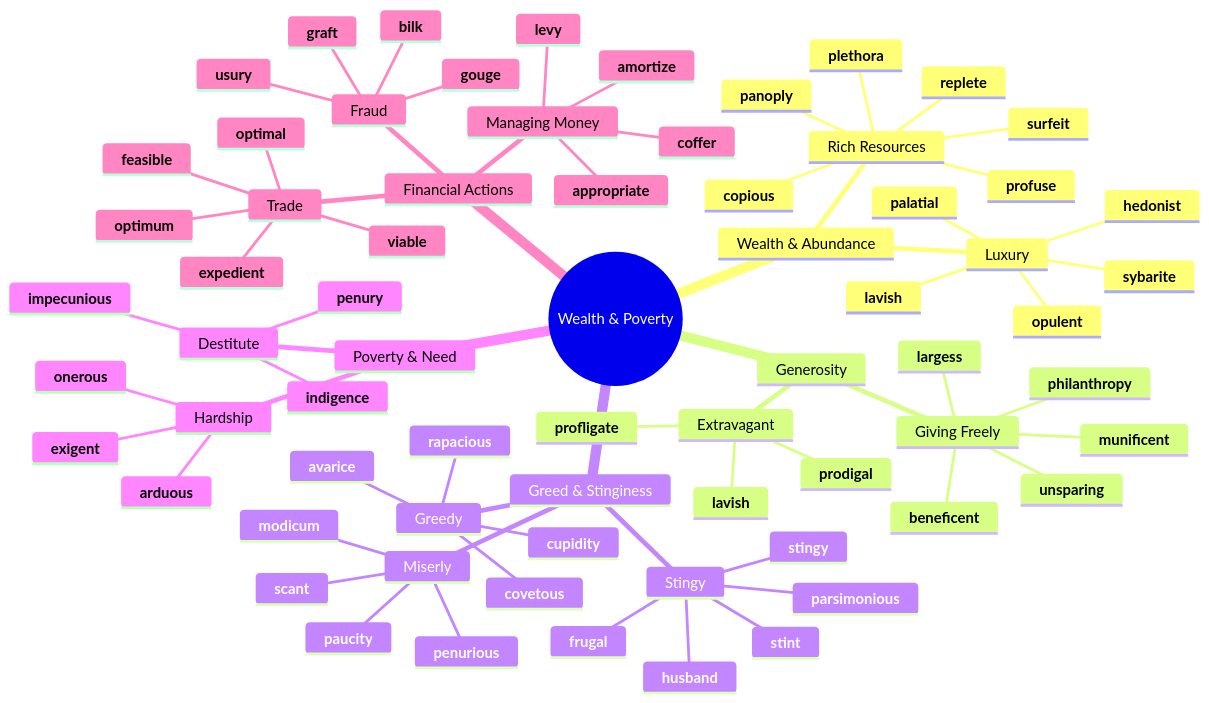
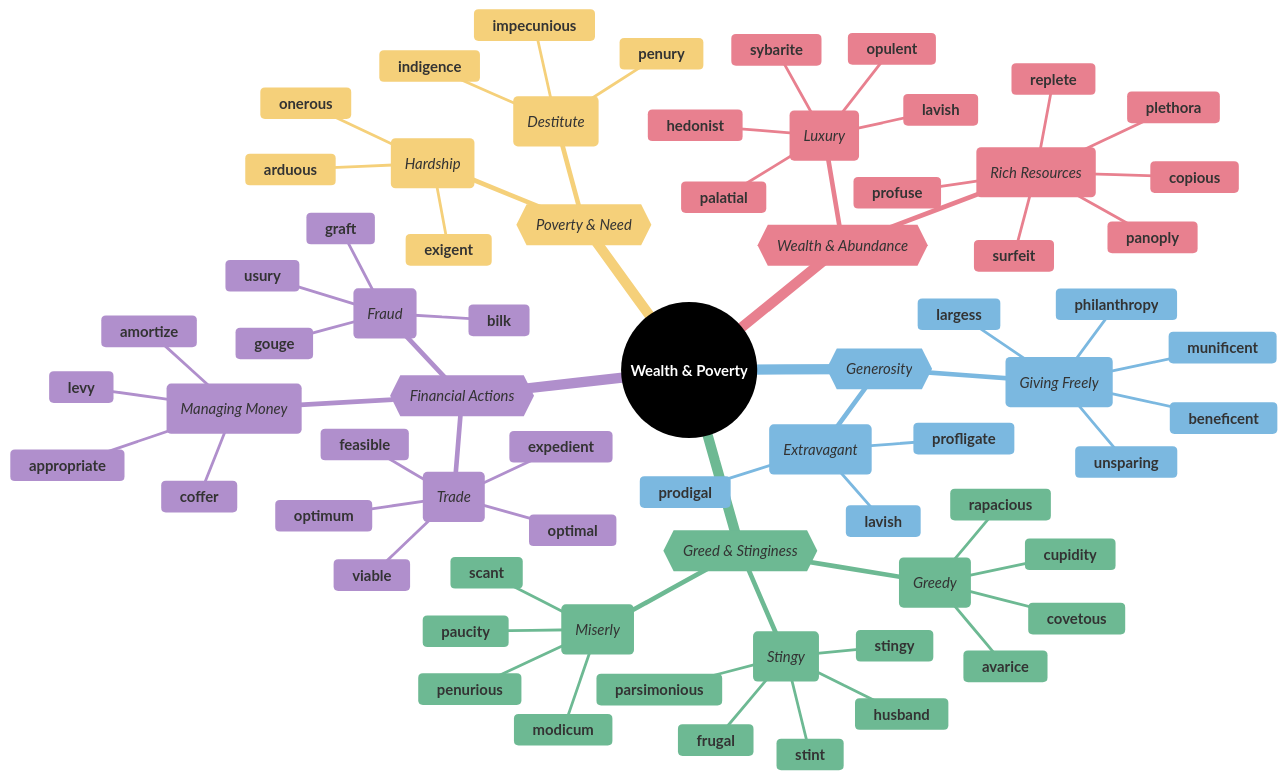
The first of 7 diagrams in mindmaps/11-wealth-and-poverty.md (95anantsingh/gre-preparation), drawn with Mermaid before and after one commit. The commit also changed other lines of this file and 14 other files, not shown here.

````diff
--- a/mindmaps/11-wealth-and-poverty.md
+++ b/mindmaps/11-wealth-and-poverty.md
@@ -5,69 +5,88 @@
 ```mermaid
+%%{
+  init: {
+    "theme": "base",
+    "themeVariables": {
+      "primaryColor": "#000000",
+      "cScale1": "#e8808f",  "cScaleInv1": "#a33445",
+      "cScale2": "#7bb8e0",  "cScaleInv2": "#266a93",
+      "cScale3": "#6db993",  "cScaleInv3": "#23543f",
+      "cScale4": "#f5d07a",  "cScaleInv4": "#c4903b",
+      "cScale5": "#b08fcc",  "cScaleInv5": "#5d3b75",
+      "cScale6": "#74dace",  "cScaleInv6": "#217d72",
+      "cScale7": "#f09570",  "cScaleInv7": "#b84112",
+      "cScale8": "#8ea8c2",  "cScaleInv8": "#32465e",
+      "cScale9": "#cc7fba",  "cScaleInv9": "#7d2868",
+      "cScale10": "#c99a78", "cScaleInv10": "#7c4e32",
+      "cScale11": "#a3a3a3", "cScaleInv11": "#3d3d3d"
+    }
+  }
+}%%
 mindmap
-  root((Wealth & Poverty))
-    Wealth & Abundance
-      Rich Resources
+  root((<font color=white>**Wealth & Poverty**</font>))
+    {{_Wealth & Abundance_}}
+      (_Rich Resources_)
         **copious**
         **replete**
         **plethora**
         **surfeit**
         **panoply**
         **profuse**
-      Luxury
+      (_Luxury_)
         **palatial**
         **opulent**
         **lavish**
         **sybarite**
         **hedonist**
-    Generosity
-      Giving Freely
+    {{_Generosity_}}
+      (_Giving Freely_)
         **munificent**
         **largess**
         **beneficent**
         **philanthropy**
         **unsparing**
-      Extravagant
+      (_Extravagant_)
         **prodigal**
         **profligate**
         **lavish**
-    Greed & Stinginess
-      Greedy
+    {{_Greed & Stinginess_}}
+      (_Greedy_)
         **avarice**
         **cupidity**
         **rapacious**
         **covetous**
-      Stingy
+      (_Stingy_)
         **stingy**
         **frugal**
         **parsimonious**
         **husband**
         **stint**
-      Miserly
+      (_Miserly_)
         **penurious**
         **scant**
         **paucity**
         **modicum**
-    Poverty & Need
-      Destitute
+    {{_Poverty & Need_}}
+      (_Destitute_)
         **impecunious**
         **indigence**
         **penury**
-      Hardship
+      (_Hardship_)
         **onerous**
         **exigent**
         **arduous**
-    Financial Actions
-      Managing Money
+    {{_Financial Actions_}}
+      (_Managing Money_)
         **amortize**
         **appropriate**
         **levy**
         **coffer**
-      Fraud
+      (_Fraud_)
         **bilk**
         **gouge**
         **usury**
         **graft**
-      Trade
+      (_Trade_)
         **feasible**
         **viable**
         **expedient**
````
